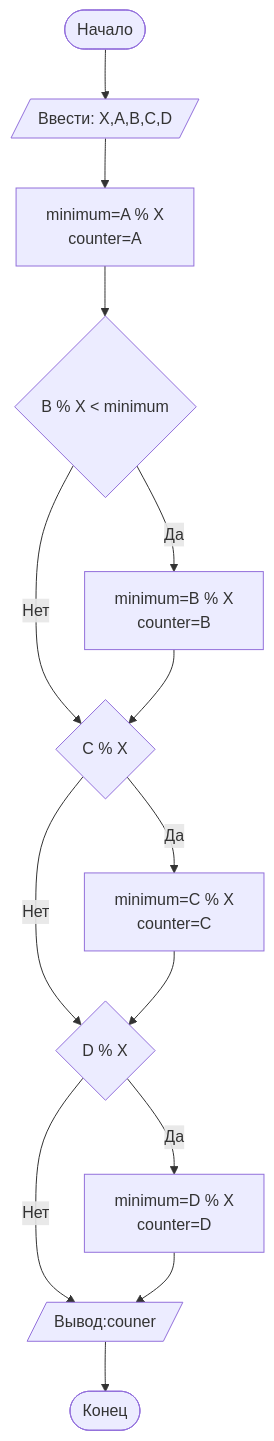
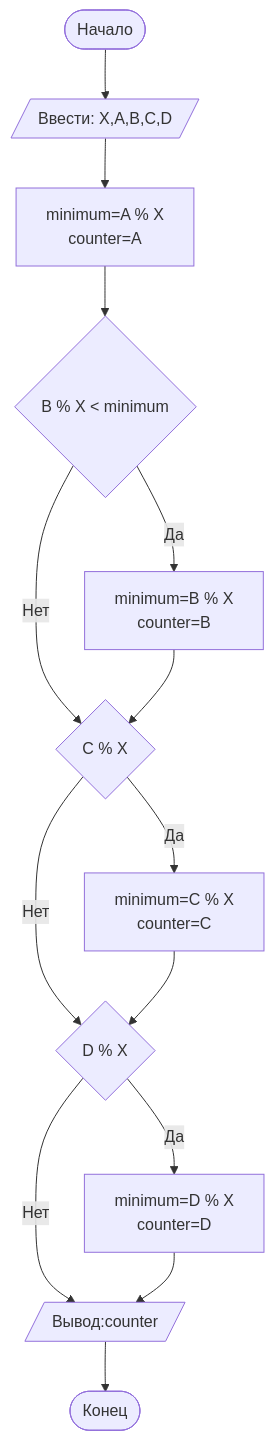
Before and after one commit to ArseniyPM/README.md: the diagram in README.md, drawn with Mermaid. The commit also changed other lines of this file, not shown here.

````diff
--- a/README.md
+++ b/README.md
@@ -94,17 +94,17 @@
 ```mermaid
 graph TD
     A([Начало]) --> B[/Ввести: X,A,B,C,D/]
     B --> C[minimum=A % X<br/> counter=A]
     C --> D{B % X < minimum}
     D -- Да --> E[minimum=B % X <br/> counter=B]
     D -- Нет --> F{C % X<minimum}
     E --> F
     F -- Да --> G[minimum=C % X <br/> counter=C]
     F -- Нет --> H{D % X<minimum}
     G --> H
     H -- Да --> I[minimum=D % X <br/> counter=D]
-    H -- Нет --> J[/Вывод:couner/]
+    H -- Нет --> J[/Вывод:counter/]
     I --> J
     J --> K([Конец])
 
 ```
````
